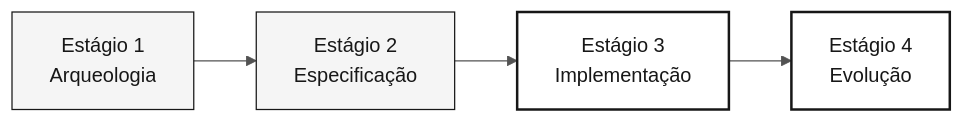
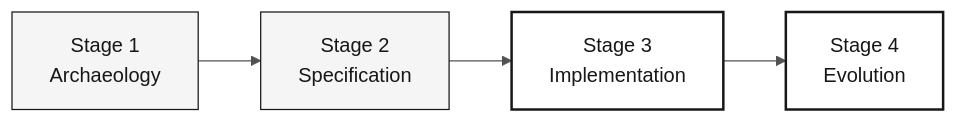
One commit to paulasilvatech/datacorp-mm-team-kit changed the diagram in 05-personas/08-qa-engineer/PERSONA.md. Above: the diagram before and after it, drawn with Mermaid. The commit also changed other lines of this file and 163 other files, not shown here.

````diff
--- a/05-personas/08-qa-engineer/PERSONA.md
+++ b/05-personas/08-qa-engineer/PERSONA.md
@@ -32,11 +32,10 @@
 ```mermaid
 %%{init: {'theme':'neutral','themeVariables':{'fontFamily':'ui-sans-serif, system-ui, sans-serif','primaryColor':'#F5F5F5','primaryTextColor':'#171717','primaryBorderColor':'#171717','lineColor':'#525252','secondaryColor':'#FFFFFF','tertiaryColor':'#FAFAFA','background':'#FFFFFF'}}}%%
 flowchart LR
     classDef step fill:#F5F5F5,stroke:#171717,color:#171717
     classDef active fill:#FFFFFF,stroke:#171717,color:#171717,stroke-width:2px
     classDef muted fill:#FAFAFA,stroke:#A3A3A3,color:#404040
-
-    S1["Estágio 1<br/>Arqueologia"]:::step --> S2["Estágio 2<br/>Especificação"]:::step
-    S2 --> S3["Estágio 3<br/>Implementação"]:::active
-    S3 --> S4["Estágio 4<br/>Evolução"]:::active
+    S1["Stage 1<br/>Archaeology"]:::step --> S2["Stage 2<br/>Specification"]:::step
+    S2 --> S3["Stage 3<br/>Implementation"]:::active
+    S3 --> S4["Stage 4<br/>Evolution"]:::active
 ```
````
